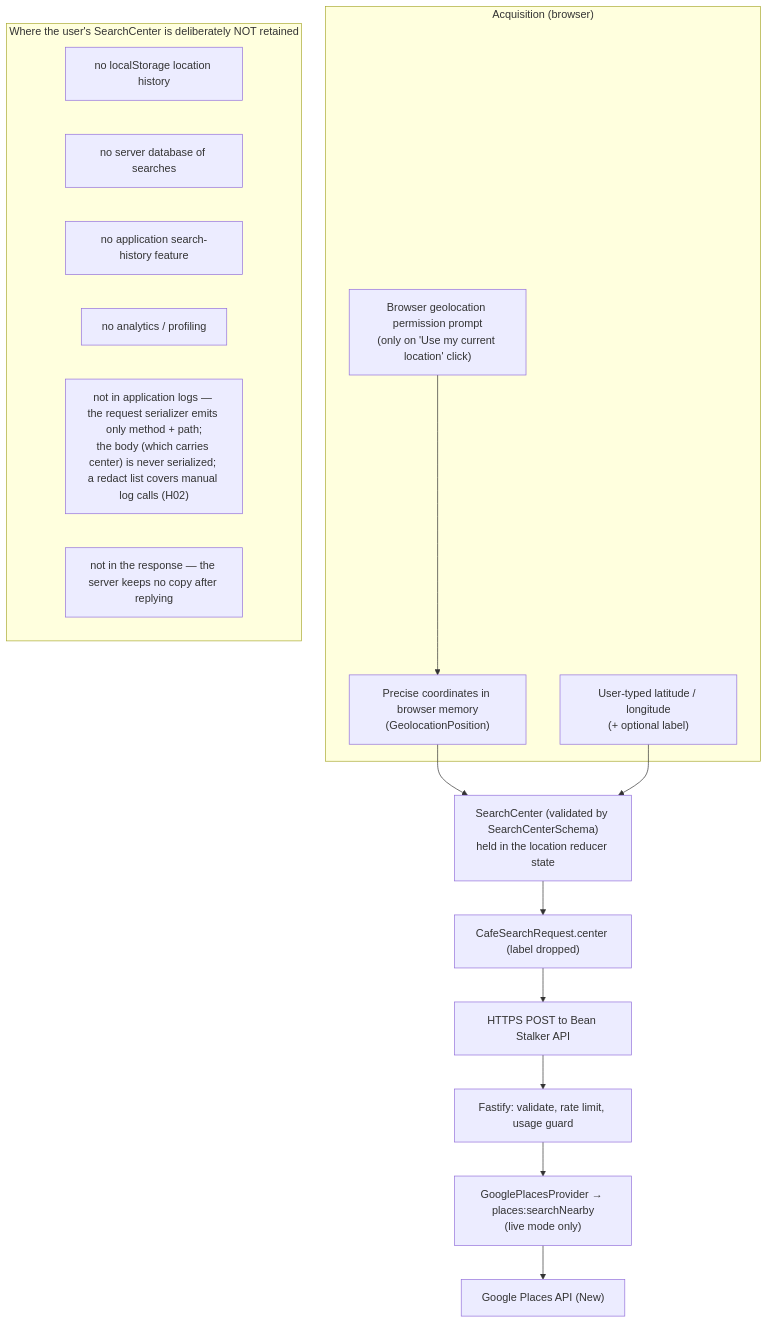
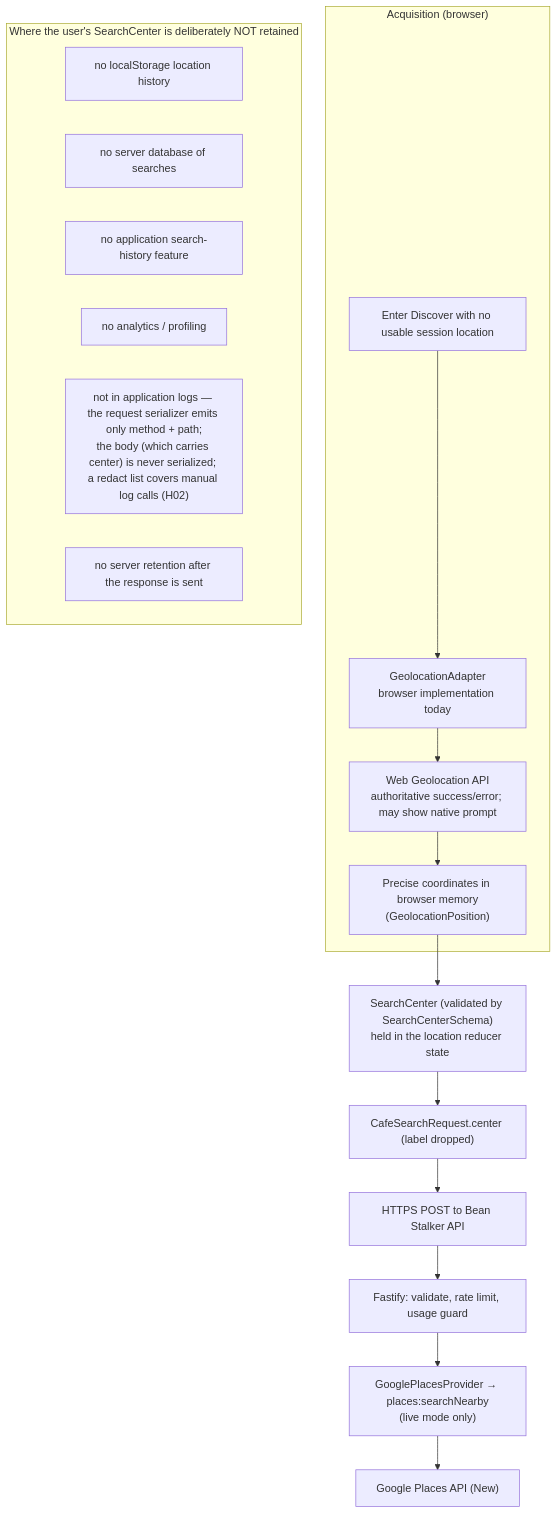
One commit to park-anju/bean-stalker changed the fifth of 7 diagrams in docs/05_ARCHITECTURE/System Architecture.md. Above: the diagram before and after it, drawn with Mermaid. The commit also changed other lines of this file and 91 other files, not shown here.

Commit message:
feat: establish Android app and native location flow

````diff
--- a/docs/05_ARCHITECTURE/System Architecture.md
+++ b/docs/05_ARCHITECTURE/System Architecture.md
@@ -389,28 +390,28 @@
 ```mermaid
 flowchart TD
   subgraph acq["Acquisition (browser)"]
-    perm["Browser geolocation permission prompt<br/>(only on 'Use my current location' click)"]
+    enter["Enter Discover with no usable session location"]
+    adapter["GeolocationAdapter<br/>browser implementation today"]
+    geo["Web Geolocation API<br/>authoritative success/error; may show native prompt"]
     gps["Precise coordinates in browser memory<br/>(GeolocationPosition)"]
-    manual["User-typed latitude / longitude<br/>(+ optional label)"]
   end
 
   sc["SearchCenter (validated by SearchCenterSchema)<br/>held in the location reducer state"]
   req["CafeSearchRequest.center (label dropped)"]
   https["HTTPS POST to Bean Stalker API"]
   fa["Fastify: validate, rate limit, usage guard"]
   gp["GooglePlacesProvider → places:searchNearby<br/>(live mode only)"]
   google["Google Places API (New)"]
 
-  perm --> gps --> sc
-  manual --> sc
+  enter --> adapter --> geo --> gps --> sc
   sc --> req --> https --> fa --> gp --> google
 
   subgraph notstored["Where the user's SearchCenter is deliberately NOT retained"]
     n1["no localStorage location history"]
     n2["no server database of searches"]
     n3["no application search-history feature"]
     n4["no analytics / profiling"]
     n5["not in application logs — the request serializer emits only method + path;<br/>the body (which carries center) is never serialized; a redact list covers manual log calls (H02)"]
-    n6["not in the response — the server keeps no copy after replying"]
+    n6["no server retention after the response is sent"]
   end
 ```
````
